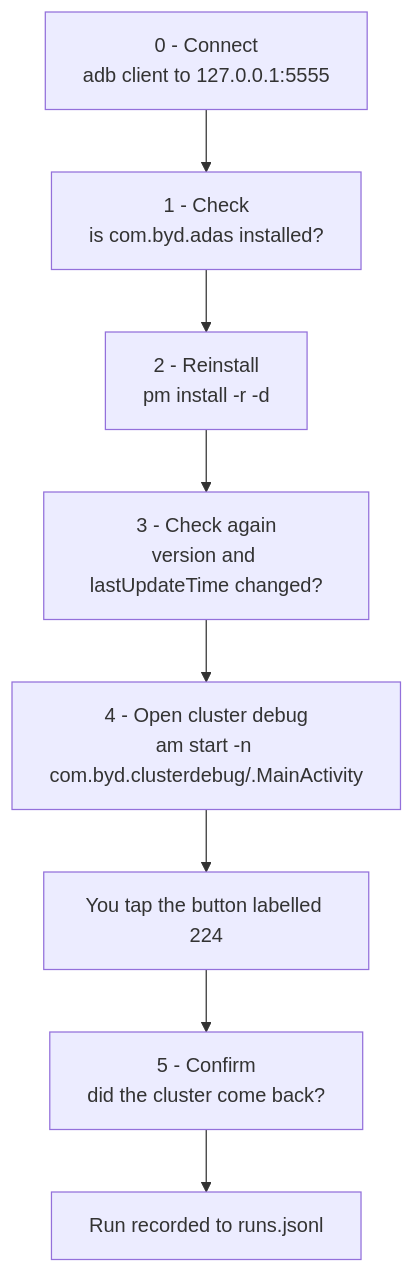
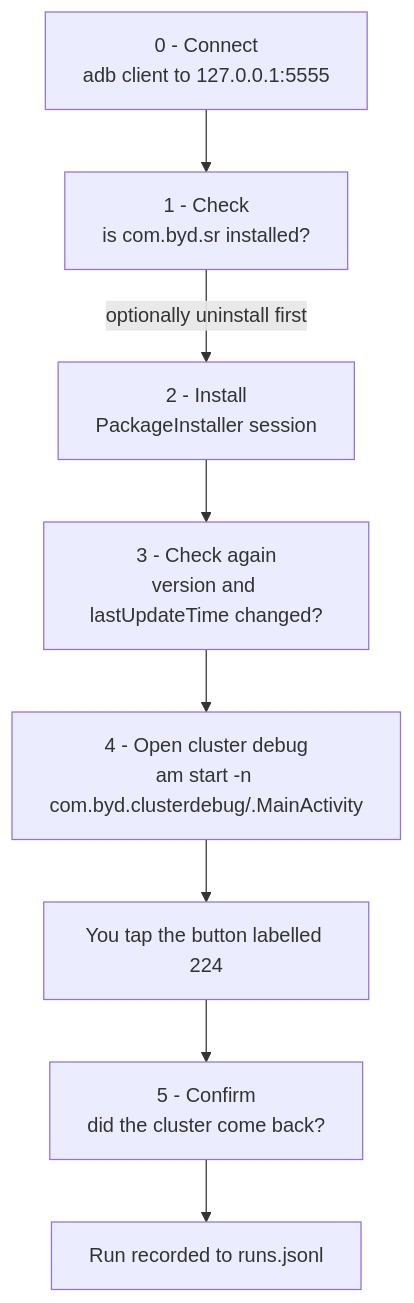
The first of 2 diagrams in README.md (DefiniteCoding/BYD-ADAS-REvive), drawn with Mermaid before and after one commit. The commit also changed other lines of this file and 5 other files, not shown here.

First line of the commit message:
Install via PackageInstaller and offer removal first

````diff
--- a/README.md
+++ b/README.md
@@ -50,10 +51,10 @@
 ```mermaid
 flowchart TD
-    A["0 - Connect<br/>adb client to 127.0.0.1:5555"] --> B["1 - Check<br/>is com.byd.adas installed?"]
-    B --> C["2 - Reinstall<br/>pm install -r -d"]
+    A["0 - Connect<br/>adb client to 127.0.0.1:5555"] --> B["1 - Check<br/>is com.byd.sr installed?"]
+    B -->|"optionally uninstall first"| C["2 - Install<br/>PackageInstaller session"]
     C --> D["3 - Check again<br/>version and lastUpdateTime changed?"]
     D --> E["4 - Open cluster debug<br/>am start -n com.byd.clusterdebug/.MainActivity"]
     E --> F["You tap the button labelled 224"]
     F --> G["5 - Confirm<br/>did the cluster come back?"]
     G --> H["Run recorded to runs.jsonl"]
 ```
````
